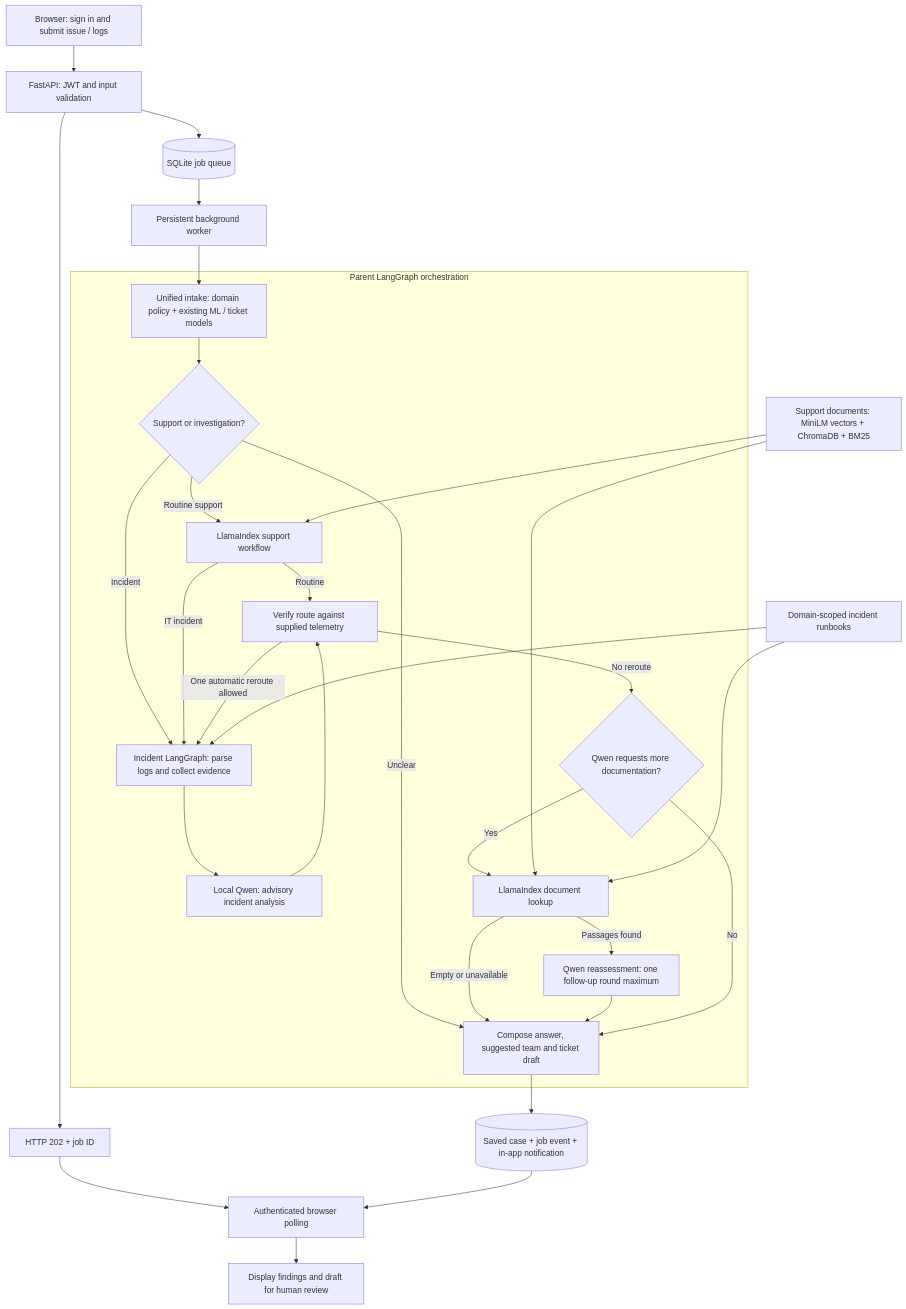
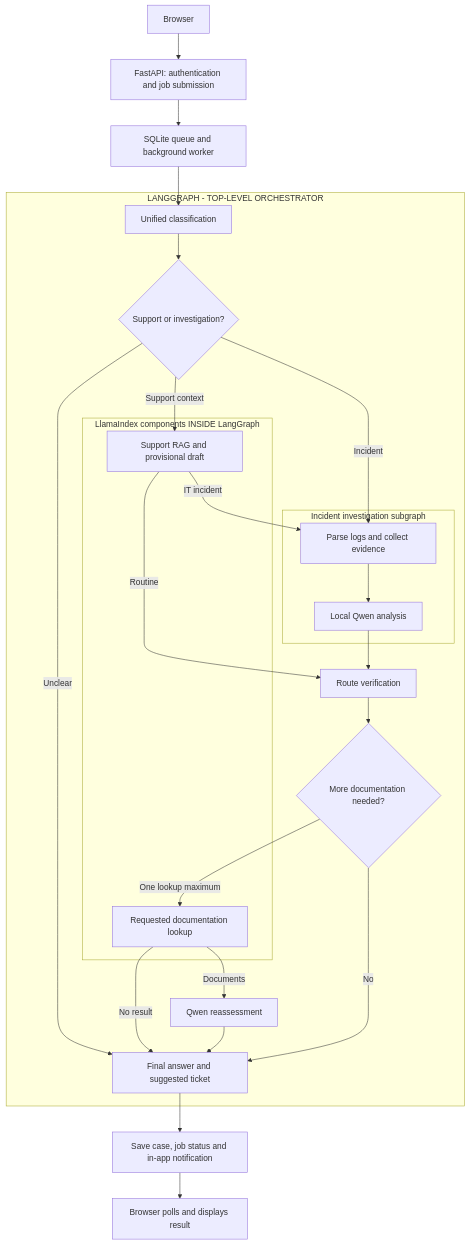
Before and after one commit to swathiblrs/Agentic-RAG-Support-Automation-Platform: the diagram in README.md, drawn with Mermaid. The commit also changed other lines of this file, not shown here.

Commit message:
Clarify LlamaIndex nesting inside parent LangGraph

````diff
--- a/README.md
+++ b/README.md
@@ -11,43 +11,38 @@
 ```mermaid
 flowchart TD
-    User["Browser: sign in and submit issue / logs"] --> API["FastAPI: JWT and input validation"]
-    API --> Queue[("SQLite job queue")]
-    API --> Accepted["HTTP 202 + job ID"]
-    Queue --> Worker["Persistent background worker"]
-    subgraph Parent["Parent LangGraph orchestration"]
-        Intake["Unified intake: domain policy + existing ML / ticket models"]
+    User["Browser"] --> API["FastAPI: authentication and job submission"]
+    API --> Worker["SQLite queue and background worker"]
+    subgraph Parent["LANGGRAPH - TOP-LEVEL ORCHESTRATOR"]
+        Intake["Unified classification"]
         Choice{"Support or investigation?"}
-        Support["LlamaIndex support workflow"]
-        Incident["Incident LangGraph: parse logs and collect evidence"]
-        Qwen["Local Qwen: advisory incident analysis"]
-        Verify["Verify route against supplied telemetry"]
-        Gap{"Qwen requests more documentation?"}
-        Docs["LlamaIndex document lookup"]
-        Reassess["Qwen reassessment: one follow-up round maximum"]
-        Final["Compose answer, suggested team and ticket draft"]
+        subgraph LlamaIndex["LlamaIndex components INSIDE LangGraph"]
+            Support["Support RAG and provisional draft"]
+            Docs["Requested documentation lookup"]
+        end
+        subgraph Investigation["Incident investigation subgraph"]
+            Incident["Parse logs and collect evidence"]
+            Qwen["Local Qwen analysis"]
+            Incident --> Qwen
+        end
+        Verify["Route verification"]
+        Gap{"More documentation needed?"}
+        Reassess["Qwen reassessment"]
+        Final["Final answer and suggested ticket"]
         Intake --> Choice
-        Choice -->|"Routine support"| Support
+        Choice -->|"Support context"| Support
         Choice -->|"Incident"| Incident
         Choice -->|"Unclear"| Final
         Support -->|"Routine"| Verify
         Support -->|"IT incident"| Incident
-        Incident --> Qwen
         Qwen --> Verify
-        Verify -->|"One automatic reroute allowed"| Incident
-        Verify -->|"No reroute"| Gap
-        Gap -->|"Yes"| Docs
-        Docs -->|"Passages found"| Reassess
-        Docs -->|"Empty or unavailable"| Final
+        Verify --> Gap
+        Gap -->|"One lookup maximum"| Docs
+        Docs -->|"Documents"| Reassess
+        Docs -->|"No result"| Final
         Reassess --> Final
         Gap -->|"No"| Final
     end
     Worker --> Intake
-    KB["Support documents: MiniLM vectors + ChromaDB + BM25"] --> Support
-    Runbooks["Domain-scoped incident runbooks"] --> Incident
-    KB --> Docs
-    Runbooks --> Docs
-    Final --> Saved[("Saved case + job event + in-app notification")]
-    Accepted --> Poll["Authenticated browser polling"]
-    Saved --> Poll
-    Poll --> Display["Display findings and draft for human review"]
+    Final --> Saved["Save case, job status and in-app notification"]
+    Saved --> Display["Browser polls and displays result"]
 ```
````
